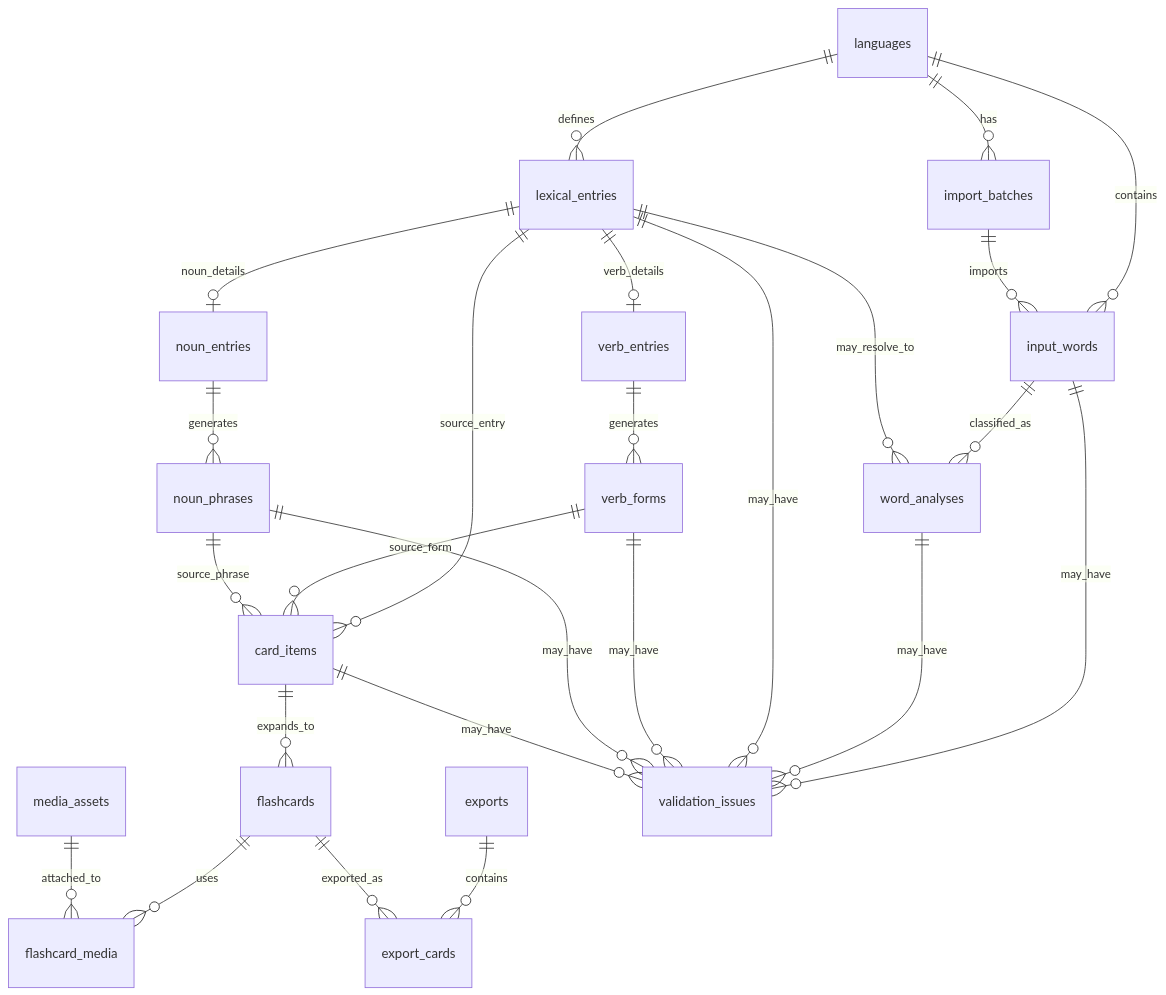
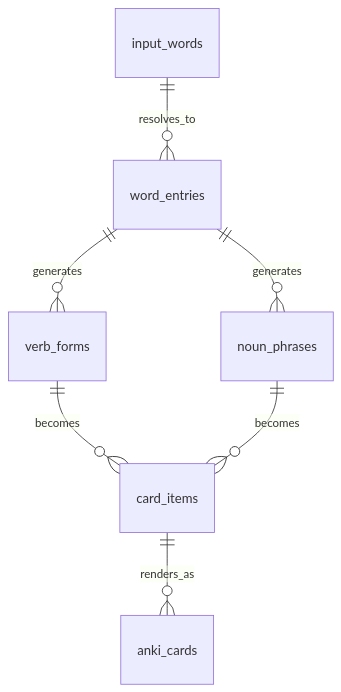
Before and after one commit to cameronengineer/italian-flashcards: the second of 2 diagrams in README.md, drawn with Mermaid. The commit also changed other lines of this file and 5 other files, not shown here.

````diff
--- a/README.md
+++ b/README.md
@@ -71,34 +345,9 @@
 ```mermaid
 erDiagram
-    languages ||--o{ import_batches : has
-    languages ||--o{ input_words : contains
-    languages ||--o{ lexical_entries : defines
-
-    import_batches ||--o{ input_words : imports
-    input_words ||--o{ word_analyses : classified_as
-    lexical_entries ||--o{ word_analyses : may_resolve_to
-
-    lexical_entries ||--o| verb_entries : verb_details
-    lexical_entries ||--o| noun_entries : noun_details
-
-    verb_entries ||--o{ verb_forms : generates
-    noun_entries ||--o{ noun_phrases : generates
-
-    lexical_entries ||--o{ card_items : source_entry
-    verb_forms ||--o{ card_items : source_form
-    noun_phrases ||--o{ card_items : source_phrase
-
-    card_items ||--o{ flashcards : expands_to
-    flashcards ||--o{ flashcard_media : uses
-    media_assets ||--o{ flashcard_media : attached_to
-
-    exports ||--o{ export_cards : contains
-    flashcards ||--o{ export_cards : exported_as
-
-    input_words ||--o{ validation_issues : may_have
-    word_analyses ||--o{ validation_issues : may_have
-    lexical_entries ||--o{ validation_issues : may_have
-    verb_forms ||--o{ validation_issues : may_have
-    noun_phrases ||--o{ validation_issues : may_have
-    card_items ||--o{ validation_issues : may_have
+    input_words ||--o{ word_entries : resolves_to
+    word_entries ||--o{ verb_forms : generates
+    word_entries ||--o{ noun_phrases : generates
+    verb_forms ||--o{ card_items : becomes
+    noun_phrases ||--o{ card_items : becomes
+    card_items ||--o{ anki_cards : renders_as
 ```
````
